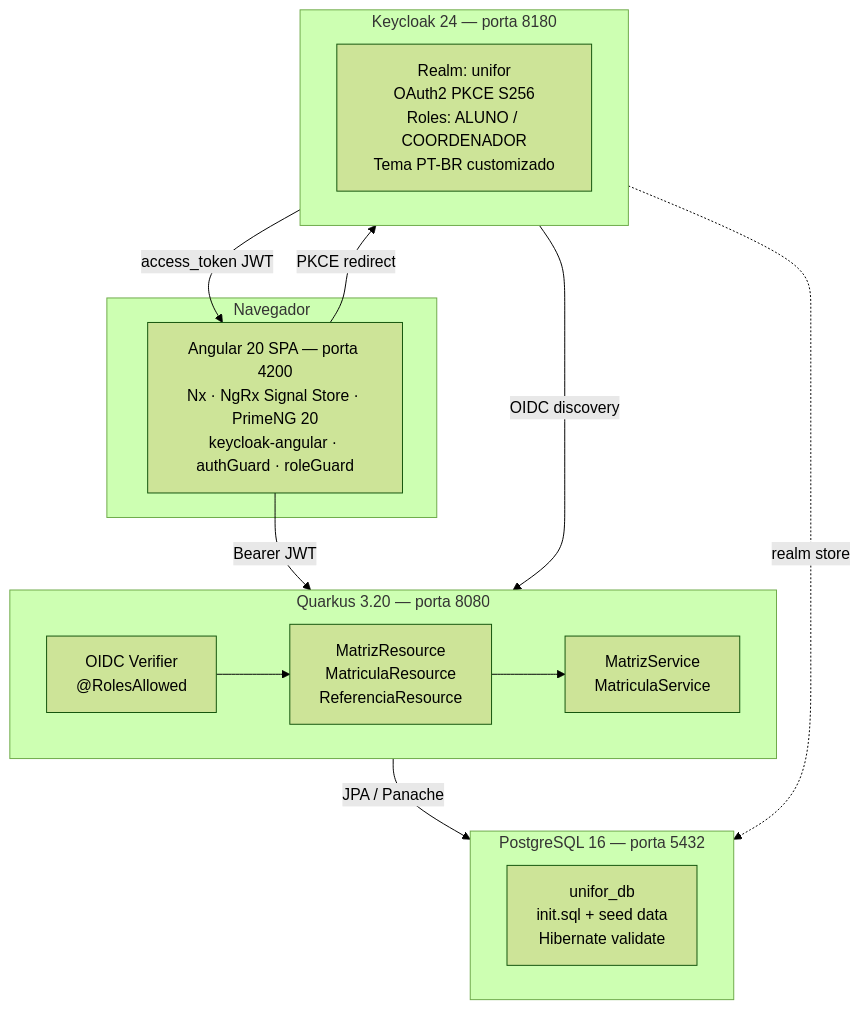
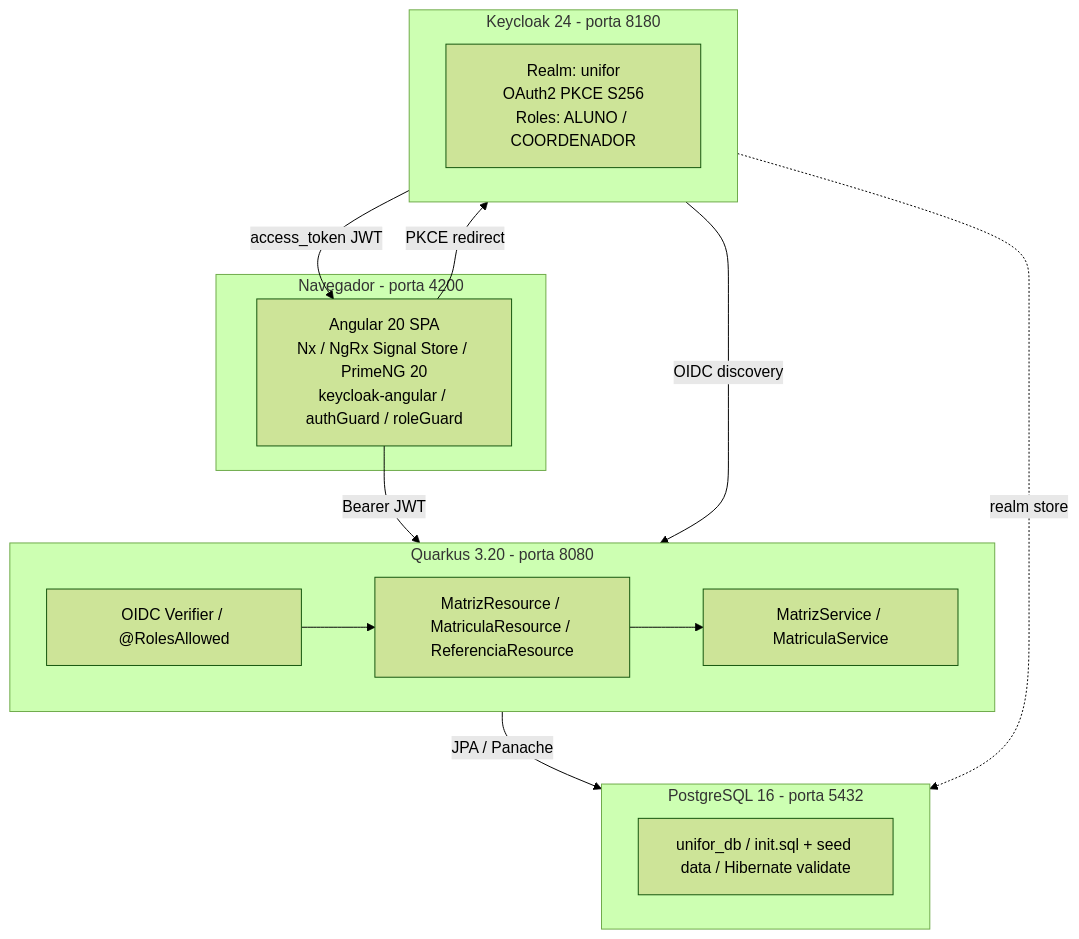
Before and after one commit to novabandaxdd/unifor-enrollment: the first of 4 diagrams in README.md, drawn with Mermaid (forest theme). The commit also changed other lines of this file, not shown here.

First line of the commit message:
fix(docs): fix Mermaid syntax for GitHub renderer

````diff
--- a/README.md
+++ b/README.md
@@ -188,36 +188,25 @@
 ```mermaid
 graph TB
-    subgraph Browser["Navegador"]
-        SPA["Angular 20 SPA — porta 4200
-Nx · NgRx Signal Store · PrimeNG 20
-keycloak-angular · authGuard · roleGuard"]
+    subgraph Browser["Navegador - porta 4200"]
+        SPA["Angular 20 SPA<br/>Nx / NgRx Signal Store / PrimeNG 20<br/>keycloak-angular / authGuard / roleGuard"]
     end
-    subgraph KC["Keycloak 24 — porta 8180"]
-        KCS["Realm: unifor
-OAuth2 PKCE S256
-Roles: ALUNO / COORDENADOR
-Tema PT-BR customizado"]
+    subgraph KC["Keycloak 24 - porta 8180"]
+        KCS["Realm: unifor<br/>OAuth2 PKCE S256<br/>Roles: ALUNO / COORDENADOR"]
     end
-    subgraph API["Quarkus 3.20 — porta 8080"]
-        RES["MatrizResource
-MatriculaResource
-ReferenciaResource"]
-        SVC["MatrizService
-MatriculaService"]
-        OIDC["OIDC Verifier
-@RolesAllowed"]
+    subgraph API["Quarkus 3.20 - porta 8080"]
+        RES["MatrizResource / MatriculaResource / ReferenciaResource"]
+        SVC["MatrizService / MatriculaService"]
+        OIDC["OIDC Verifier / @RolesAllowed"]
         RES --> SVC
         OIDC --> RES
     end
-    subgraph DB["PostgreSQL 16 — porta 5432"]
-        SCHEMA["unifor_db
-init.sql + seed data
-Hibernate validate"]
+    subgraph DB["PostgreSQL 16 - porta 5432"]
+        SCHEMA["unifor_db / init.sql + seed data / Hibernate validate"]
     end
     SPA -- "PKCE redirect" --> KC
     KC -- "access_token JWT" --> SPA
     SPA -- "Bearer JWT" --> API
     KC -- "OIDC discovery" --> API
     API -- "JPA / Panache" --> DB
     KC -. "realm store" .-> DB
 ```
````
